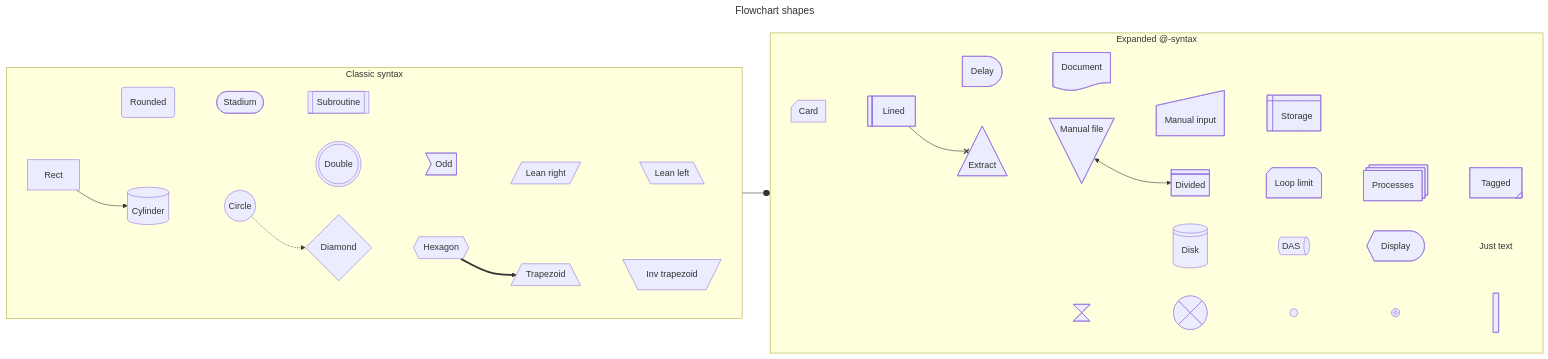
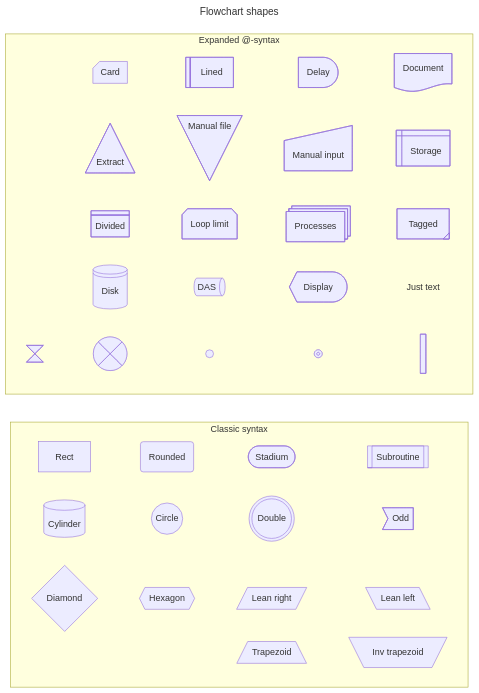
One commit to robog-two/mermaid-compiler-rust changed the diagram in examples/diagrams/shapes.mmd. Above: the diagram before and after it, drawn with Mermaid. The commit also changed 20 other files, not shown here.

```diff
--- a/examples/diagrams/shapes.mmd
+++ b/examples/diagrams/shapes.mmd
@@ -1,25 +1,19 @@
 ---
 title: Flowchart shapes
 ---
 flowchart LR
     subgraph classic [Classic syntax]
         direction LR
         a1[Rect] ~~~ a2(Rounded) ~~~ a3([Stadium]) ~~~ a4[[Subroutine]]
         b1[(Cylinder)] ~~~ b2((Circle)) ~~~ b3(((Double))) ~~~ b4>Odd]
         c1{Diamond} ~~~ c2{{Hexagon}} ~~~ c3[/Lean right/] ~~~ c4[\Lean left\]
         d1[/Trapezoid\] ~~~ d2[\Inv trapezoid/]
     end
     subgraph expanded [Expanded @-syntax]
         direction LR
         e1@{ shape: notch-rect, label: "Card" } ~~~ e2@{ shape: lin-rect, label: "Lined" } ~~~ e3@{ shape: delay, label: "Delay" } ~~~ e4@{ shape: doc, label: "Document" }
         f1@{ shape: tri, label: "Extract" } ~~~ f2@{ shape: flip-tri, label: "Manual file" } ~~~ f3@{ shape: sl-rect, label: "Manual input" } ~~~ f4@{ shape: win-pane, label: "Storage" }
         g1@{ shape: div-rect, label: "Divided" } ~~~ g2@{ shape: notch-pent, label: "Loop limit" } ~~~ g3@{ shape: st-rect, label: "Processes" } ~~~ g4@{ shape: tag-rect, label: "Tagged" }
         h1@{ shape: lin-cyl, label: "Disk" } ~~~ h2@{ shape: h-cyl, label: "DAS" } ~~~ h3@{ shape: curv-trap, label: "Display" } ~~~ h4@{ shape: text, label: "Just text" }
         i1@{ shape: hourglass } ~~~ i2@{ shape: cross-circ } ~~~ i3@{ shape: sm-circ } ~~~ i4@{ shape: fr-circ } ~~~ i5@{ shape: fork }
     end
-    a1 --> b1
-    b2 -.-> c1
-    c2 ==> d1
-    d2 --o e1
-    e2 --x f1
-    f2 <--> g1
```
